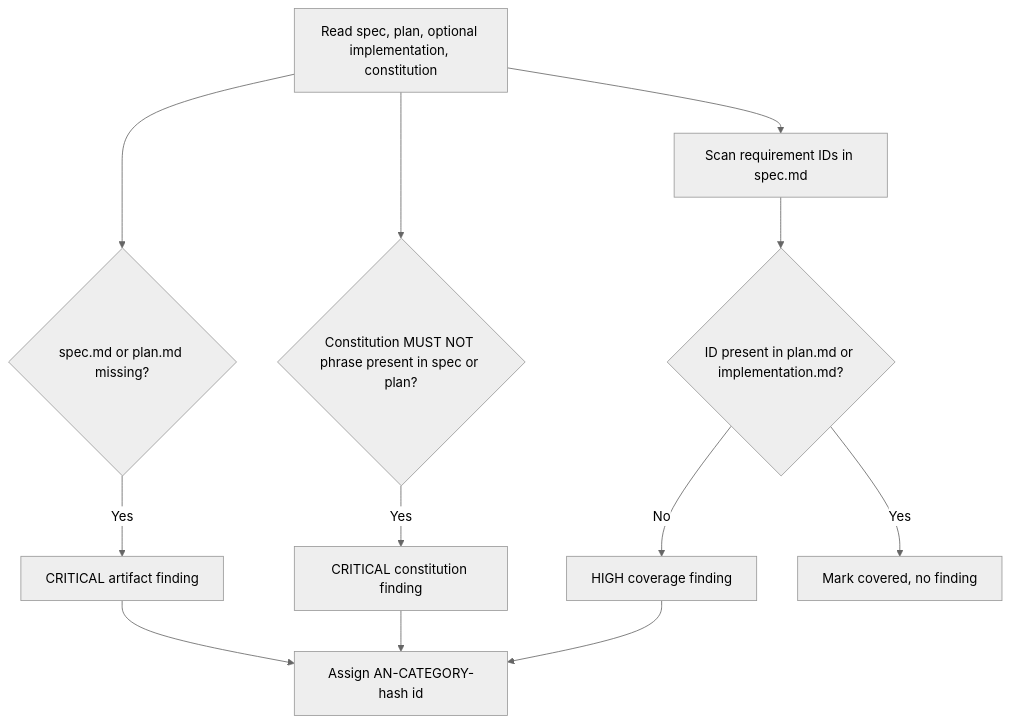
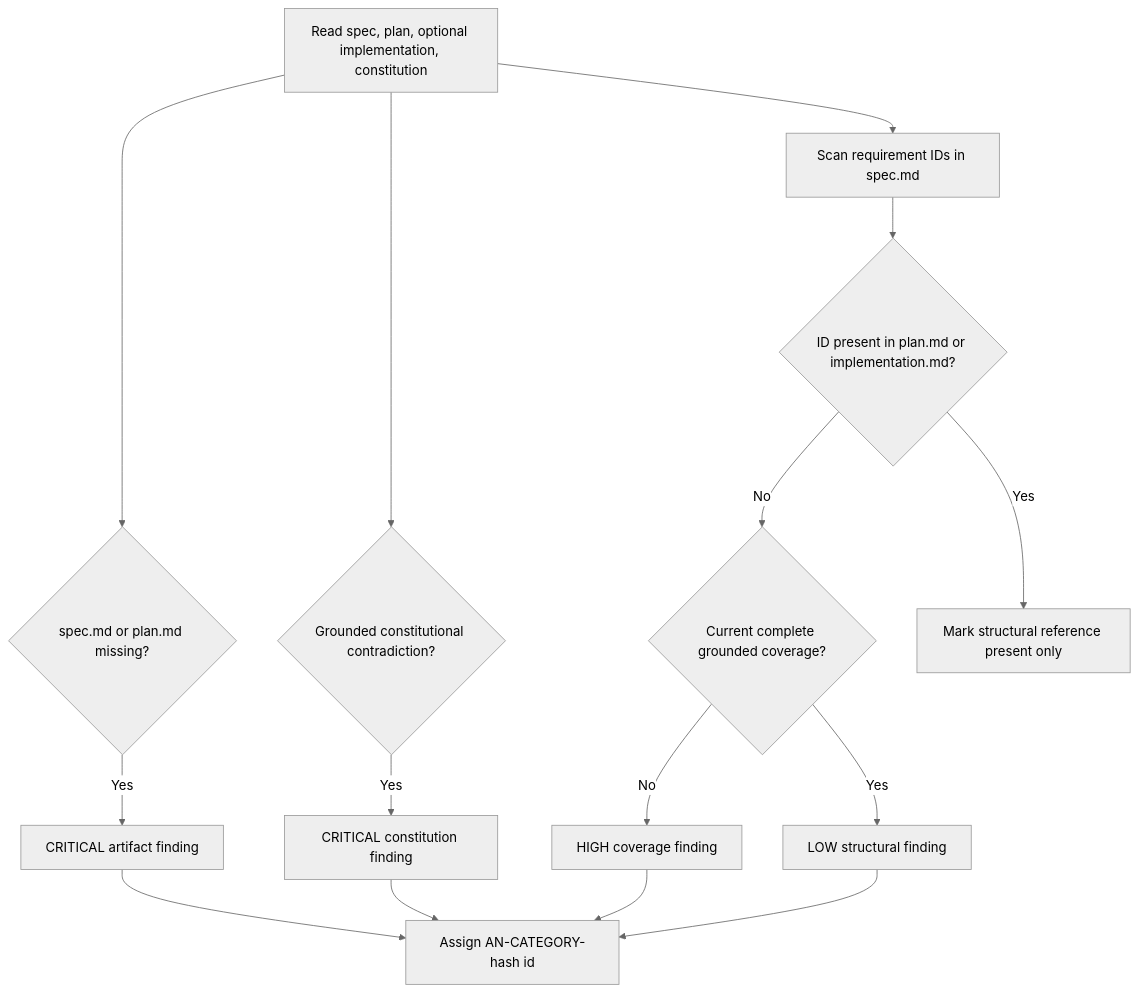
The second of 4 diagrams in .specs/features/070-analyze-gate/spec.md (julien-m/livespec), drawn with Mermaid (neutral theme) before and after one commit. The commit also changed other lines of this file and 299 other files, not shown here.

````diff
--- a/.specs/features/070-analyze-gate/spec.md
+++ b/.specs/features/070-analyze-gate/spec.md
@@ -105,14 +126,17 @@
 ```mermaid
 flowchart TD
     A[Read spec, plan, optional implementation, constitution] --> B{spec.md or plan.md missing?}
     B -- Yes --> C[CRITICAL artifact finding]
-    A --> D{Constitution MUST NOT phrase present in spec or plan?}
+    A --> D{Grounded constitutional contradiction?}
     D -- Yes --> E[CRITICAL constitution finding]
     A --> F[Scan requirement IDs in spec.md]
     F --> G{ID present in plan.md or implementation.md?}
-    G -- No --> H[HIGH coverage finding]
-    G -- Yes --> I[Mark covered, no finding]
+    G -- No --> K{Current complete grounded coverage?}
+    K -- Yes --> L[LOW structural finding]
+    K -- No --> H[HIGH coverage finding]
+    G -- Yes --> I[Mark structural reference present only]
     C --> J[Assign AN-CATEGORY-hash id]
     E --> J
     H --> J
+    L --> J
 ```
````
